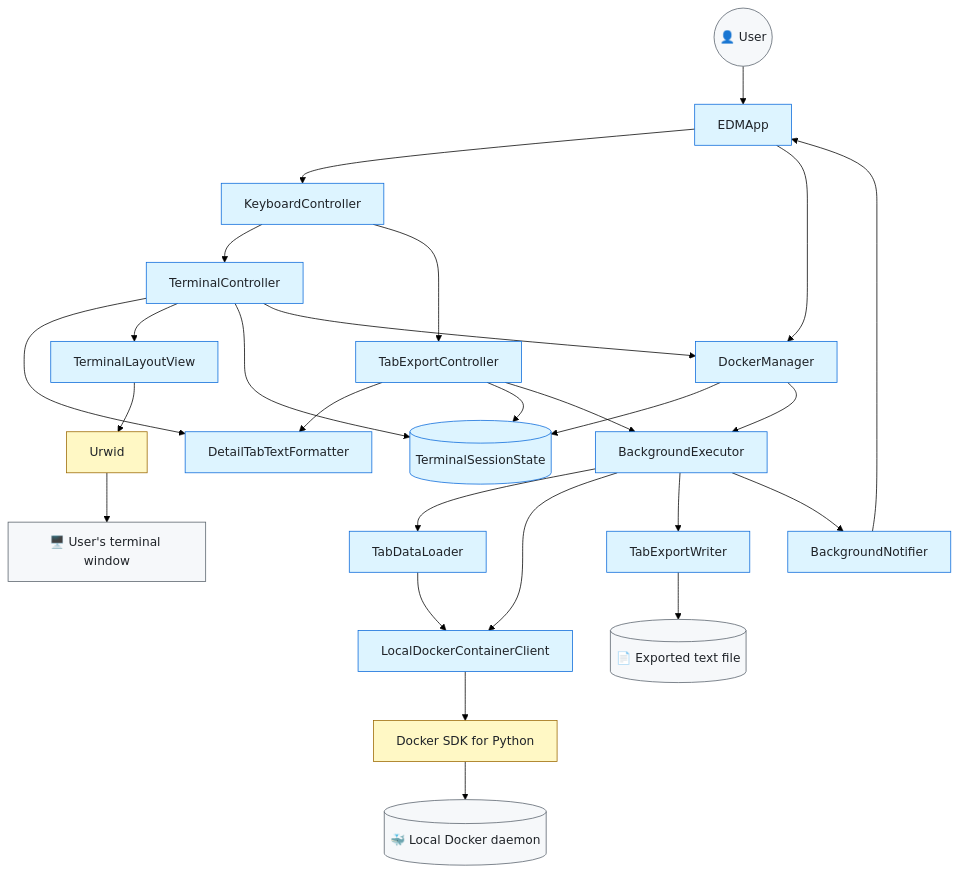
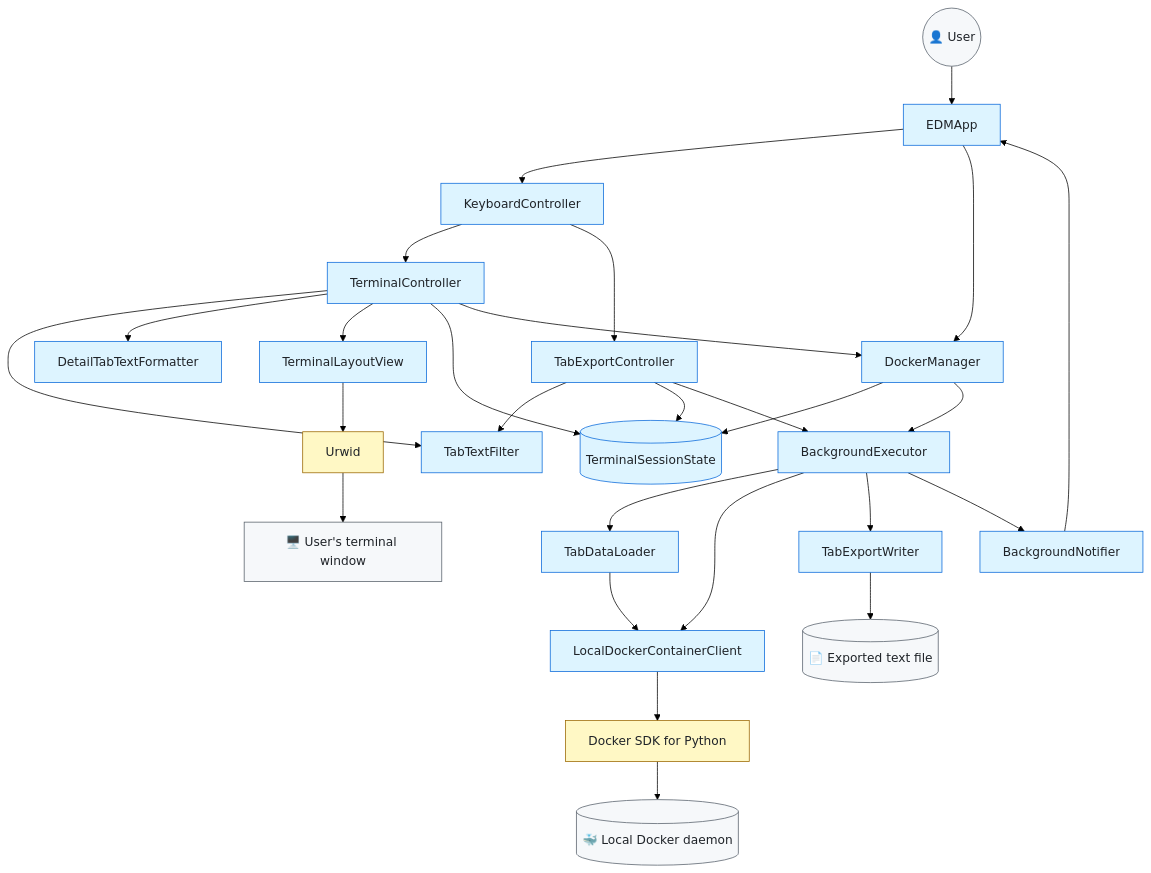
The first of 5 diagrams in DEVELOPMENT_GUIDE.md (arabnejad/edm), drawn with Mermaid (forest theme) before and after one commit. The commit also changed other lines of this file and 9 other files, not shown here.

Commit message:
Extract shared tab text filtering

````diff
--- a/DEVELOPMENT_GUIDE.md
+++ b/DEVELOPMENT_GUIDE.md
@@ -83,52 +84,54 @@
 ```mermaid
 flowchart TD
     User(("👤 User"))
     App[EDMApp]
     Keyboard[KeyboardController]
     UI[TerminalController]
     ExportController[TabExportController]
     State[(TerminalSessionState)]
     DockerManager[DockerManager]
     Executor[BackgroundExecutor]
     Notifier[BackgroundNotifier]
     Loader[TabDataLoader]
     Client[LocalDockerContainerClient]
     DockerSDK[Docker SDK for Python]
     Docker[(🐳 Local Docker daemon)]
+    Filter[TabTextFilter]
     Formatter[DetailTabTextFormatter]
     Exporter[TabExportWriter]
     File[(📄 Exported text file)]
     View[TerminalLayoutView]
     Urwid[Urwid]
     Terminal[🖥️ User's terminal window]
 
     User --> App --> Keyboard
     Keyboard --> UI
     Keyboard --> ExportController
 
+    UI --> Filter
     UI --> Formatter
     UI --> View --> Urwid --> Terminal
     UI --> State
-    ExportController --> Formatter
+    ExportController --> Filter
     ExportController --> State
     ExportController --> Executor
 
     App --> DockerManager
     UI --> DockerManager
     DockerManager --> State
     DockerManager --> Executor
     Executor --> Loader --> Client
     Executor --> Client
     Executor --> Exporter --> File
     Client --> DockerSDK --> Docker
 
     Executor --> Notifier --> App
 
     classDef edm fill:#ddf4ff,stroke:#0969da,color:#1f2328
     classDef thirdParty fill:#fff8c5,stroke:#9a6700,color:#1f2328
     classDef external fill:#f6f8fa,stroke:#57606a,color:#1f2328
 
-    class App,Keyboard,UI,ExportController,State,DockerManager,Executor,Notifier,Loader,Client,Formatter,Exporter,View edm
+    class App,Keyboard,UI,ExportController,State,DockerManager,Executor,Notifier,Loader,Client,Filter,Formatter,Exporter,View edm
     class DockerSDK,Urwid thirdParty
     class User,Docker,Terminal,File external
 ```
````
